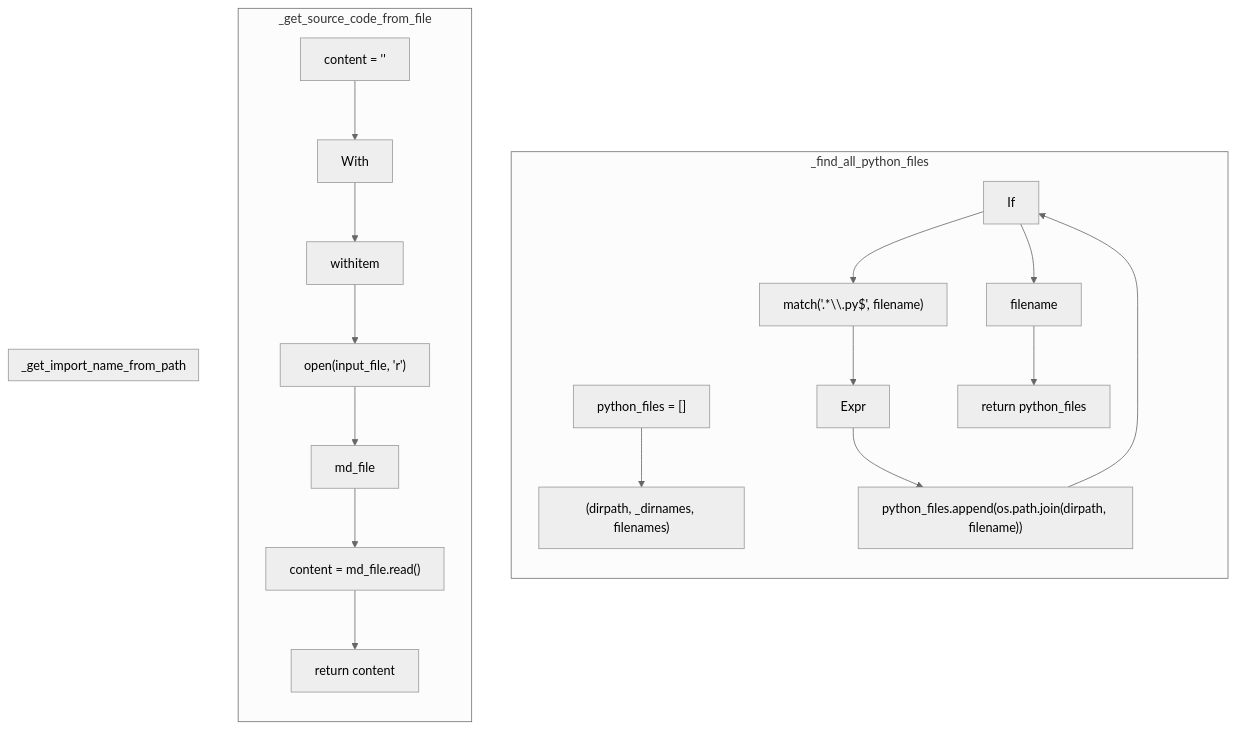
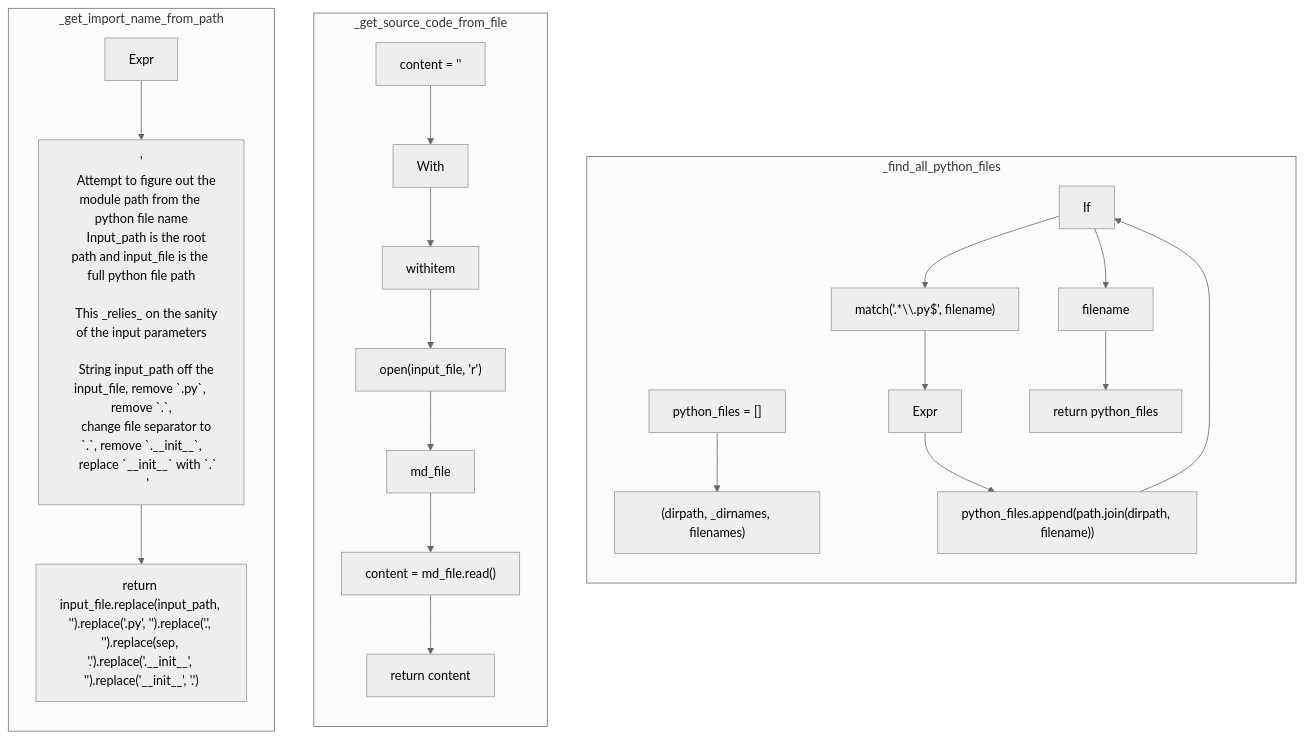
The diagram in docs/pyremaid/files/source.py.md (MichaelReel/pyremaid), drawn with Mermaid (neutral theme) before and after one commit. The commit also changed other lines of this file and 11 other files, not shown here.

````diff
--- a/docs/pyremaid/files/source.py.md
+++ b/docs/pyremaid/files/source.py.md
@@ -9,46 +11,51 @@
 ```mermaid
 flowchart TB
-  _f34_n125["python_files = []"]
-  _f34_l35["(dirpath, _dirnames, filenames)"]
-  _f34_l35_l36_n126["If"]
-  _f34_l35_l36_n127["match('.*\\.py$', filename)"]
-  _f34_l35_l36_n128["Expr"]
-  _f34_l35_l36_n129["python_files.append(os.path.join(dirpath, filename))"]
-  _f34_l35_l36["filename"]
-  _f34_n130["return python_files"]
-  _f37_n131["content = ''"]
-  _f37_n132["With"]
-  _f37_n133["withitem"]
-  _f37_n134["open(input_file, 'r')"]
-  _f37_n135["md_file"]
-  _f37_n136["content = md_file.read()"]
-  _f37_n137["return content"]
+  _f35_n127["python_files = []"]
+  _f35_l36["(dirpath, _dirnames, filenames)"]
+  _f35_l36_l37_n128["If"]
+  _f35_l36_l37_n129["match('.*\\.py$', filename)"]
+  _f35_l36_l37_n130["Expr"]
+  _f35_l36_l37_n131["python_files.append(path.join(dirpath, filename))"]
+  _f35_l36_l37["filename"]
+  _f35_n132["return python_files"]
+  _f38_n133["content = ''"]
+  _f38_n134["With"]
+  _f38_n135["withitem"]
+  _f38_n136["open(input_file, 'r')"]
+  _f38_n137["md_file"]
+  _f38_n138["content = md_file.read()"]
+  _f38_n139["return content"]
+  _f39_n140["Expr"]
+  _f39_n141["'\n    Attempt to figure out the module path from the python file name\n    Input_path is the root path and input_file is the full python file path\n\n    This _relies_ on the sanity of the input parameters\n\n    String input_path off the input_file, remove `.py`, remove `.`,\n    change file separator to `.`, remove `.__init__`,\n    replace `__init__` with `.`\n    '"]
+  _f39_n142["return input_file.replace(input_path, '').replace('.py', '').replace('.', '').replace(sep, '.').replace('.__init__', '').replace('__init__', '.')"]
 
   subgraph _find_all_python_files
     direction TB
-    _f34_n125 --> _f34_l35
+    _f35_n127 --> _f35_l36
     %% loop (dirpath, _dirnames, filenames)
       %% loop filename
-        _f34_l35_l36_n126 --> _f34_l35_l36_n127
-        _f34_l35_l36_n127 --> _f34_l35_l36_n128
-        _f34_l35_l36_n128 --> _f34_l35_l36_n129
+        _f35_l36_l37_n128 --> _f35_l36_l37_n129
+        _f35_l36_l37_n129 --> _f35_l36_l37_n130
+        _f35_l36_l37_n130 --> _f35_l36_l37_n131
       %% end filename
-      _f34_l35_l36_n129 --> _f34_l35_l36_n126
+      _f35_l36_l37_n131 --> _f35_l36_l37_n128
     %% end (dirpath, _dirnames, filenames)
-    _f34_l35_l36_n126 --> _f34_l35_l36
-    _f34_l35_l36 --> _f34_n130
+    _f35_l36_l37_n128 --> _f35_l36_l37
+    _f35_l36_l37 --> _f35_n132
   end
   subgraph _get_source_code_from_file
     direction TB
-    _f37_n131 --> _f37_n132
-    _f37_n132 --> _f37_n133
-    _f37_n133 --> _f37_n134
-    _f37_n134 --> _f37_n135
-    _f37_n135 --> _f37_n136
-    _f37_n136 --> _f37_n137
+    _f38_n133 --> _f38_n134
+    _f38_n134 --> _f38_n135
+    _f38_n135 --> _f38_n136
+    _f38_n136 --> _f38_n137
+    _f38_n137 --> _f38_n138
+    _f38_n138 --> _f38_n139
   end
   subgraph _get_import_name_from_path
     direction TB
+    _f39_n140 --> _f39_n141
+    _f39_n141 --> _f39_n142
   end
 
 ```
````
